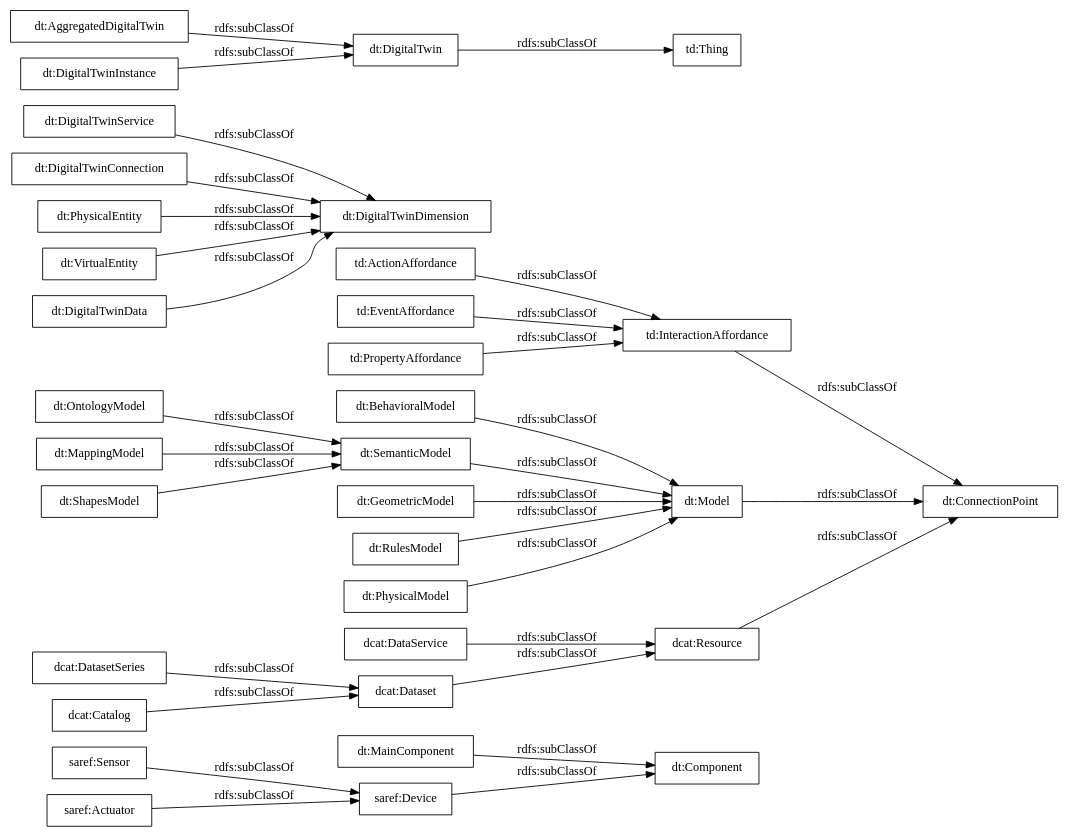
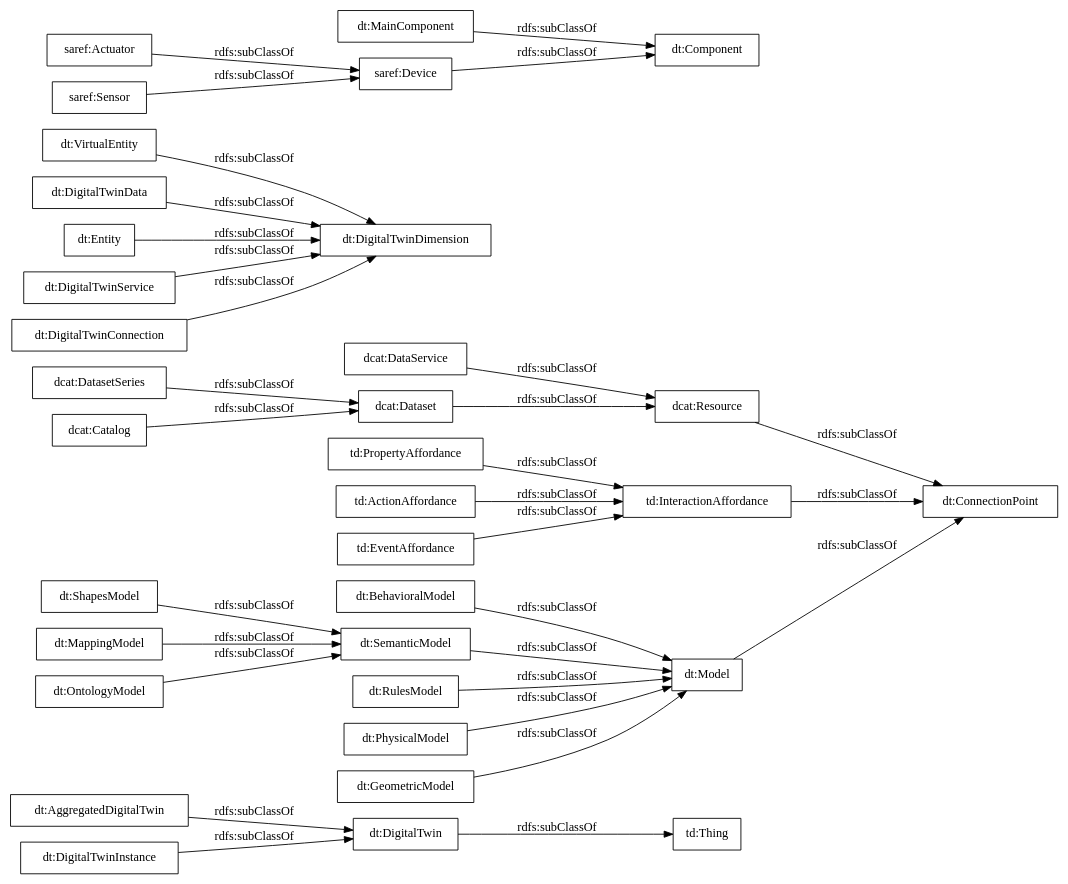
Before and after one commit to oeg-upm/WoT-DT-ontology: the diagram in OnToology/dt-ontology.ttl/diagrams/ar2dtool-taxonomy/dt-ontology.ttl.png.dot, drawn with Graphviz. The commit also changed 12 other files, not shown here.

```diff
--- a/OnToology/dt-ontology.ttl/diagrams/ar2dtool-taxonomy/dt-ontology.ttl.png.dot
+++ b/OnToology/dt-ontology.ttl/diagrams/ar2dtool-taxonomy/dt-ontology.ttl.png.dot
@@ -1,36 +1,36 @@
 digraph ar2dtool_diagram { 
 rankdir=LR;
 size="1000"
-node [shape = rectangle, color="black"]; "dt:Component" "dcat:Dataset" "dt:MainComponent" "dt:DigitalTwinDimension" "dcat:DataService" "saref:Device" "dt:AggregatedDigitalTwin" "td:InteractionAffordance" "dt:BehavioralModel" "td:ActionAffordance" "dt:SemanticModel" "dt:DigitalTwinService" "dt:DigitalTwinConnection" "dt:GeometricModel" "td:EventAffordance" "dt:OntologyModel" "dt:DigitalTwin" "dt:PhysicalEntity" "dt:DigitalTwinInstance" "dcat:DatasetSeries" "dt:RulesModel" "dcat:Resource" "dcat:Catalog" "dt:VirtualEntity" "dt:PhysicalModel" "dt:DigitalTwinData" "dt:MappingModel" "saref:Sensor" "dt:Model" "saref:Actuator" "td:Thing" "td:PropertyAffordance" "dt:ShapesModel" "dt:ConnectionPoint" ; /*classes style*/
+node [shape = rectangle, color="black"]; "dt:DigitalTwin" "dt:BehavioralModel" "td:Thing" "dt:VirtualEntity" "dcat:DataService" "dt:OntologyModel" "dt:ShapesModel" "td:ActionAffordance" "dt:MappingModel" "dt:DigitalTwinData" "dt:DigitalTwinDimension" "dcat:Resource" "dt:RulesModel" "dcat:Catalog" "saref:Device" "td:EventAffordance" "dt:AggregatedDigitalTwin" "dt:MainComponent" "td:PropertyAffordance" "dt:PhysicalModel" "dt:ConnectionPoint" "td:InteractionAffordance" "dt:GeometricModel" "dcat:DatasetSeries" "saref:Actuator" "dt:Entity" "dt:Model" "dt:DigitalTwinService" "dt:SemanticModel" "dt:DigitalTwinInstance" "dt:DigitalTwinConnection" "dcat:Dataset" "saref:Sensor" "dt:Component" ; /*classes style*/
 	"dt:DigitalTwinInstance" -> "dt:DigitalTwin" [ label = "rdfs:subClassOf" ];
 	"dcat:DatasetSeries" -> "dcat:Dataset" [ label = "rdfs:subClassOf" ];
 	"dt:BehavioralModel" -> "dt:Model" [ label = "rdfs:subClassOf" ];
-	"dt:PhysicalEntity" -> "dt:DigitalTwinDimension" [ label = "rdfs:subClassOf" ];
 	"td:EventAffordance" -> "td:InteractionAffordance" [ label = "rdfs:subClassOf" ];
 	"dt:OntologyModel" -> "dt:SemanticModel" [ label = "rdfs:subClassOf" ];
 	"dt:PhysicalModel" -> "dt:Model" [ label = "rdfs:subClassOf" ];
 	"dcat:Catalog" -> "dcat:Dataset" [ label = "rdfs:subClassOf" ];
 	"saref:Actuator" -> "saref:Device" [ label = "rdfs:subClassOf" ];
 	"dt:VirtualEntity" -> "dt:DigitalTwinDimension" [ label = "rdfs:subClassOf" ];
 	"saref:Device" -> "dt:Component" [ label = "rdfs:subClassOf" ];
 	"dt:DigitalTwinConnection" -> "dt:DigitalTwinDimension" [ label = "rdfs:subClassOf" ];
 	"saref:Sensor" -> "saref:Device" [ label = "rdfs:subClassOf" ];
 	"dt:DigitalTwinService" -> "dt:DigitalTwinDimension" [ label = "rdfs:subClassOf" ];
 	"dt:DigitalTwin" -> "td:Thing" [ label = "rdfs:subClassOf" ];
+	"dt:Entity" -> "dt:DigitalTwinDimension" [ label = "rdfs:subClassOf" ];
 	"dt:MainComponent" -> "dt:Component" [ label = "rdfs:subClassOf" ];
 	"dcat:Resource" -> "dt:ConnectionPoint" [ label = "rdfs:subClassOf" ];
 	"dt:AggregatedDigitalTwin" -> "dt:DigitalTwin" [ label = "rdfs:subClassOf" ];
 	"dt:ShapesModel" -> "dt:SemanticModel" [ label = "rdfs:subClassOf" ];
 	"dt:Model" -> "dt:ConnectionPoint" [ label = "rdfs:subClassOf" ];
 	"dt:DigitalTwinData" -> "dt:DigitalTwinDimension" [ label = "rdfs:subClassOf" ];
 	"dt:MappingModel" -> "dt:SemanticModel" [ label = "rdfs:subClassOf" ];
 	"dcat:Dataset" -> "dcat:Resource" [ label = "rdfs:subClassOf" ];
 	"td:PropertyAffordance" -> "td:InteractionAffordance" [ label = "rdfs:subClassOf" ];
 	"dt:SemanticModel" -> "dt:Model" [ label = "rdfs:subClassOf" ];
 	"dt:GeometricModel" -> "dt:Model" [ label = "rdfs:subClassOf" ];
 	"dt:RulesModel" -> "dt:Model" [ label = "rdfs:subClassOf" ];
 	"dcat:DataService" -> "dcat:Resource" [ label = "rdfs:subClassOf" ];
 	"td:InteractionAffordance" -> "dt:ConnectionPoint" [ label = "rdfs:subClassOf" ];
 	"td:ActionAffordance" -> "td:InteractionAffordance" [ label = "rdfs:subClassOf" ];
 
 }
```
